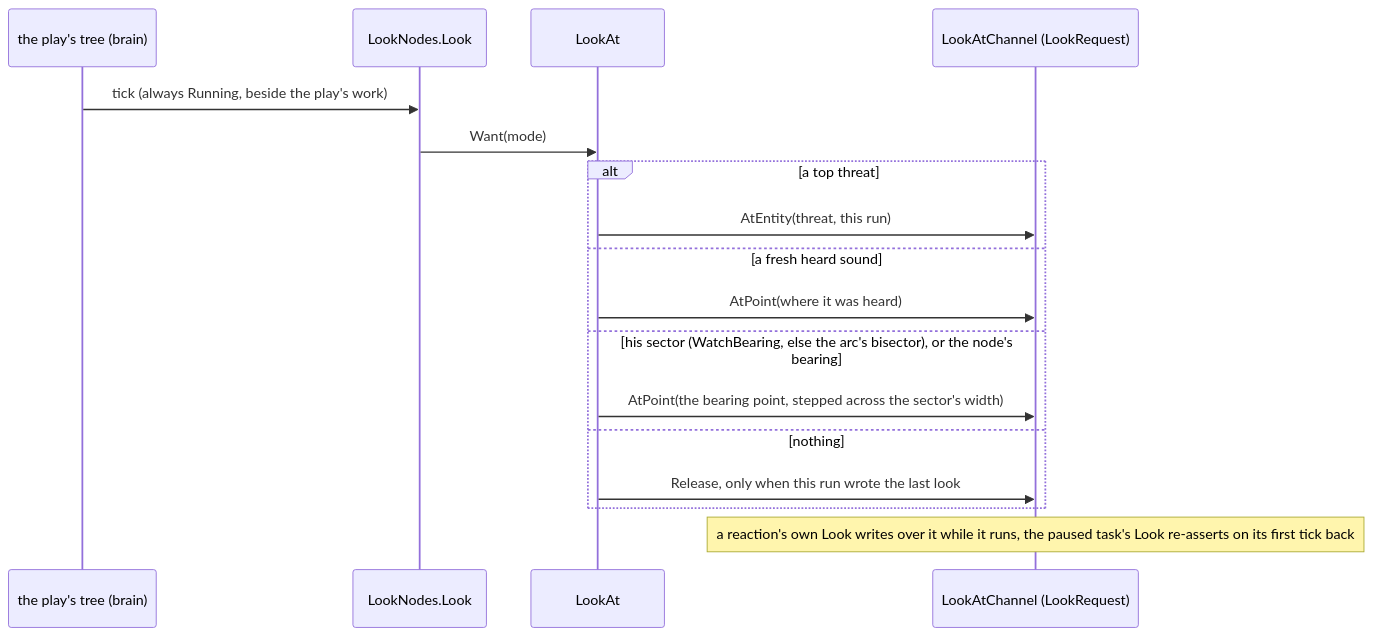
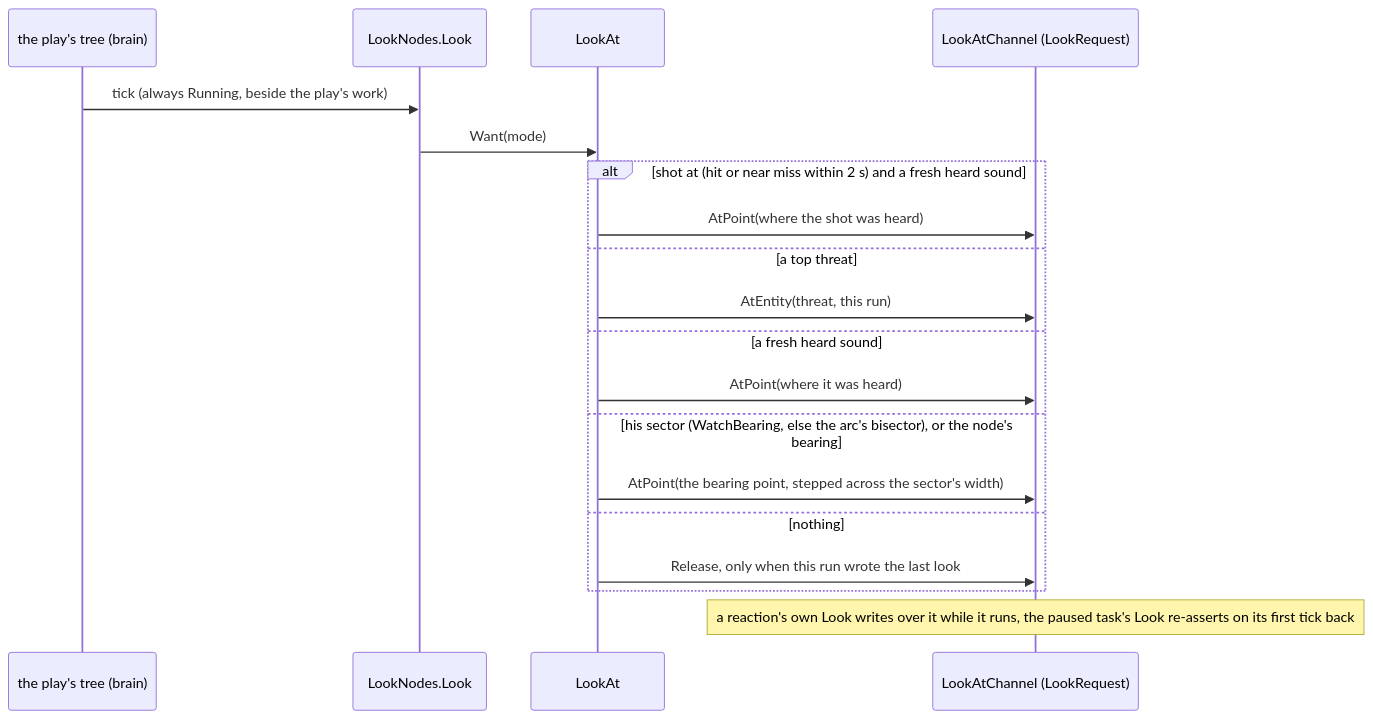
Before and after one commit to pjanec/HROT: the ninth of 9 diagrams in docs/designs/look-direction/DESIGN_Look_Direction_And_FOV.md, drawn with Mermaid. The commit also changed other lines of this file and 8 other files, not shown here.

````diff
--- a/docs/designs/look-direction/DESIGN_Look_Direction_And_FOV.md
+++ b/docs/designs/look-direction/DESIGN_Look_Direction_And_FOV.md
@@ -395,19 +395,21 @@
 ```mermaid
 sequenceDiagram
   participant BT as the play's tree (brain)
   participant LN as LookNodes.Look
   participant LA as LookAt
   participant CH as LookAtChannel (LookRequest)
   BT->>LN: tick (always Running, beside the play's work)
   LN->>LA: Want(mode)
-  alt a top threat
+  alt shot at (hit or near miss within 2 s) and a fresh heard sound
+    LA->>CH: AtPoint(where the shot was heard)
+  else a top threat
     LA->>CH: AtEntity(threat, this run)
   else a fresh heard sound
     LA->>CH: AtPoint(where it was heard)
   else his sector (WatchBearing, else the arc's bisector), or the node's bearing
     LA->>CH: AtPoint(the bearing point, stepped across the sector's width)
   else nothing
     LA->>CH: Release, only when this run wrote the last look
   end
   Note over CH: a reaction's own Look writes over it while it runs, the paused task's Look re-asserts on its first tick back
 ```
````
